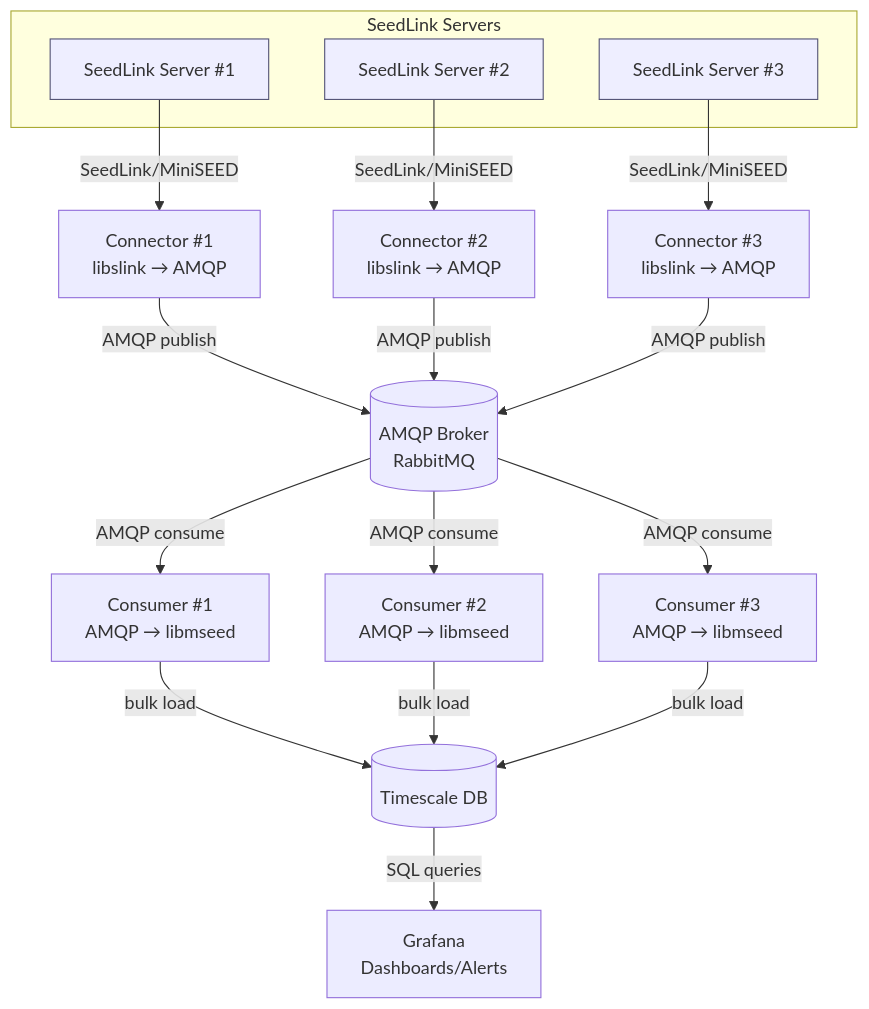
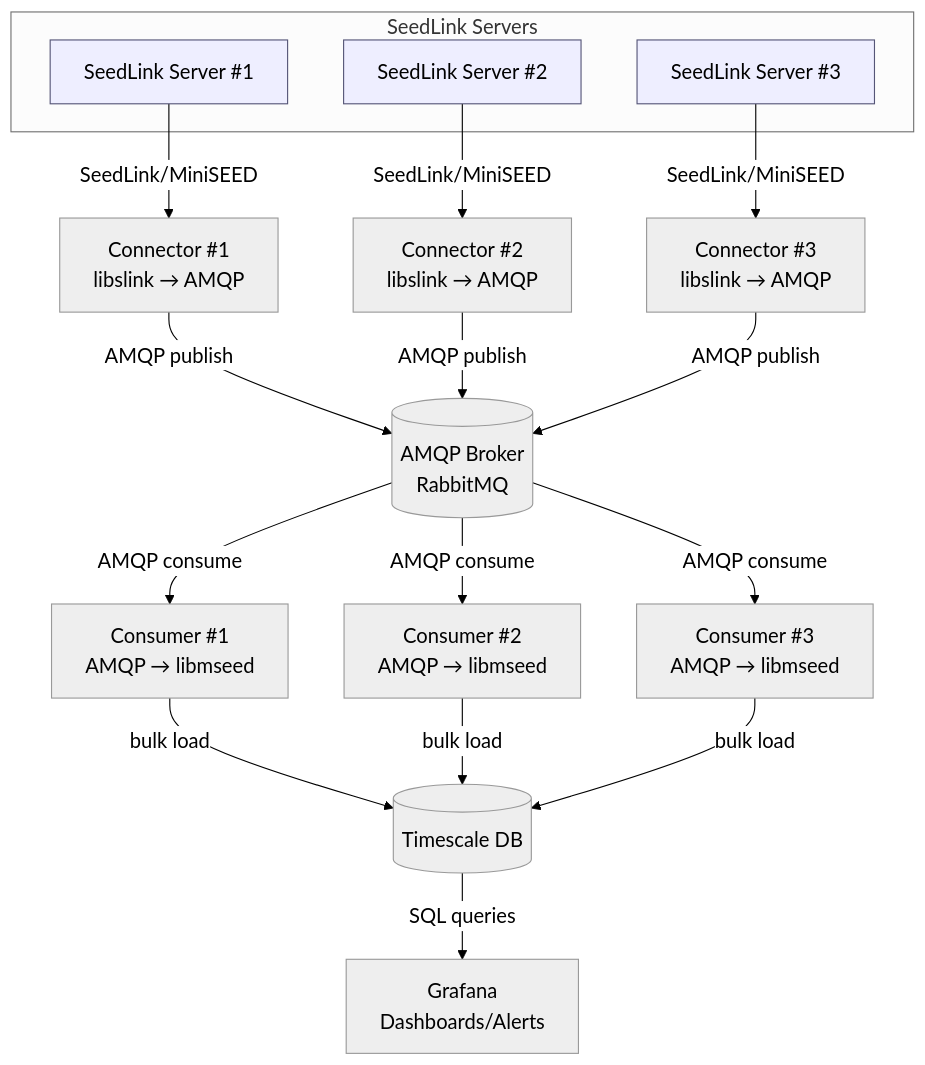
One commit to timkomate/seisstream changed the diagram in README.md. Above: the diagram before and after it, drawn with Mermaid.

Commit message:
Fix arhitectural chart pt2
Tweeked on the config so the chart looks better.

````diff
--- a/README.md
+++ b/README.md
@@ -6,28 +6,30 @@
 ```mermaid
+%%{init: {"theme":"neutral","themeVariables":{"fontSize":"18px","primaryTextColor":"#000","lineColor":"#000"}}}%%
 flowchart TB
   subgraph SeedLink Servers
     SL1[SeedLink Server #1]:::src
     SL2[SeedLink Server #2]:::src
     SL3[SeedLink Server #3]:::src
   end
 
   SL1 -->|SeedLink/MiniSEED| CON1[Connector #1<br/>libslink → AMQP]
   SL2 -->|SeedLink/MiniSEED| CON2[Connector #2<br/>libslink → AMQP]
   SL3 -->|SeedLink/MiniSEED| CON3[Connector #3<br/>libslink → AMQP]
 
   CON1 -->|AMQP publish| MQ[(AMQP Broker<br/>RabbitMQ)]
   CON2 -->|AMQP publish| MQ
   CON3 -->|AMQP publish| MQ
 
   MQ -->|AMQP consume| CNS1[Consumer #1<br/>AMQP → libmseed]
   MQ -->|AMQP consume| CNS2[Consumer #2<br/>AMQP → libmseed]
   MQ -->|AMQP consume| CNS3[Consumer #3<br/>AMQP → libmseed]
 
   CNS1 -->|bulk load| PG[(Timescale DB)]
   CNS2 -->|bulk load| PG
   CNS3 -->|bulk load| PG
 
   PG -->|SQL queries| GRAF[Grafana<br/>Dashboards/Alerts]
 
   classDef src fill:#eef,stroke:#557;
+
 ```
````
